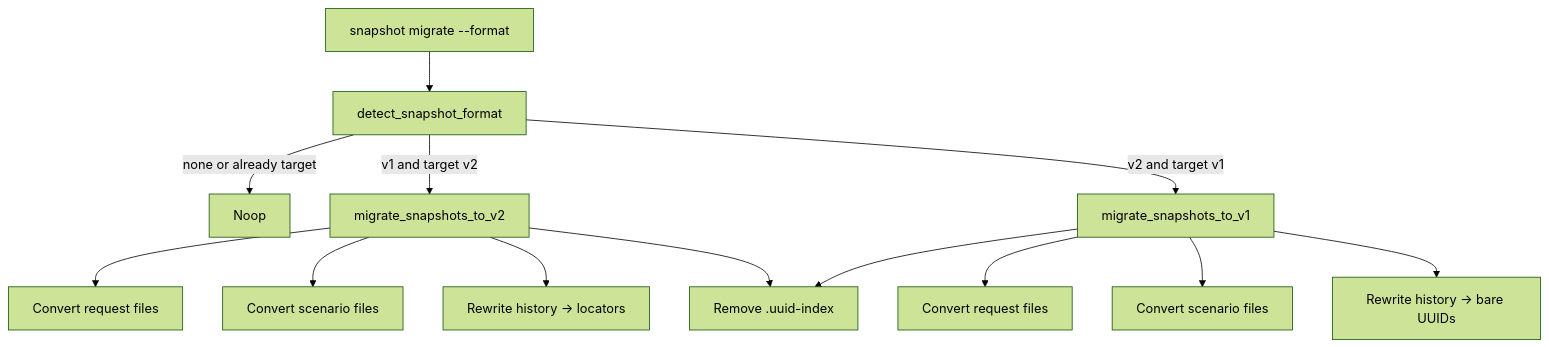
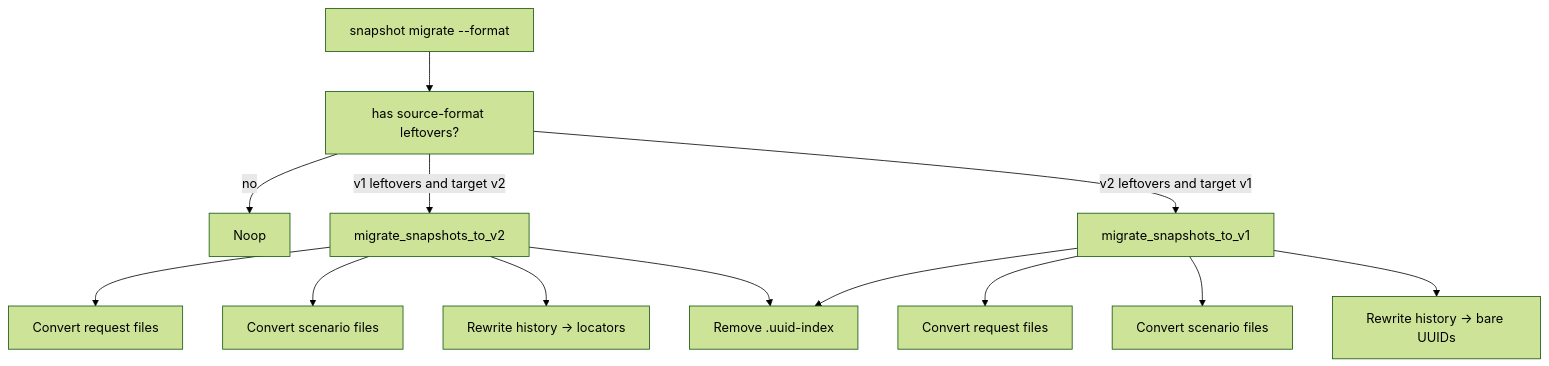
Before and after one commit to Stoobly/stoobly-agent: the diagram in docs/snapshot-migrate.md, drawn with Mermaid (forest theme). The commit also changed other lines of this file and 4 other files, not shown here.

First line of the commit message:
Fix interrupted snapshot migrate leaving orphaned v1 files.

````diff
--- a/docs/snapshot-migrate.md
+++ b/docs/snapshot-migrate.md
@@ -42,15 +42,15 @@
 ```mermaid
 flowchart TB
-  cli["snapshot migrate --format"] --> detect[detect_snapshot_format]
-  detect -->|none or already target| noop[Noop]
-  detect -->|v1 and target v2| toV2[migrate_snapshots_to_v2]
-  detect -->|v2 and target v1| toV1[migrate_snapshots_to_v1]
+  cli["snapshot migrate --format"] --> gate[has source-format leftovers?]
+  gate -->|no| noop[Noop]
+  gate -->|v1 leftovers and target v2| toV2[migrate_snapshots_to_v2]
+  gate -->|v2 leftovers and target v1| toV1[migrate_snapshots_to_v1]
   toV2 --> reqV2[Convert request files]
   toV2 --> scenV2[Convert scenario files]
   toV2 --> histV2[Rewrite history → locators]
   toV2 --> dropIdx[Remove .uuid-index]
   toV1 --> reqV1[Convert request files]
   toV1 --> scenV1[Convert scenario files]
   toV1 --> histV1[Rewrite history → bare UUIDs]
   toV1 --> dropIdx
 ```
````
